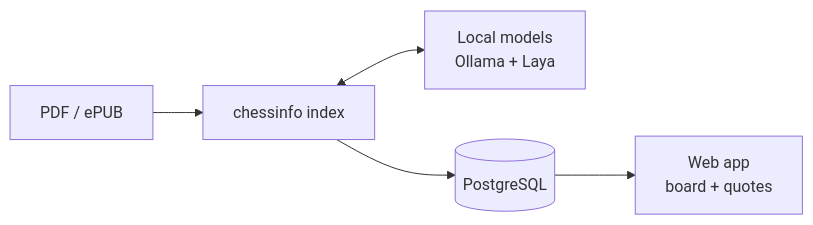
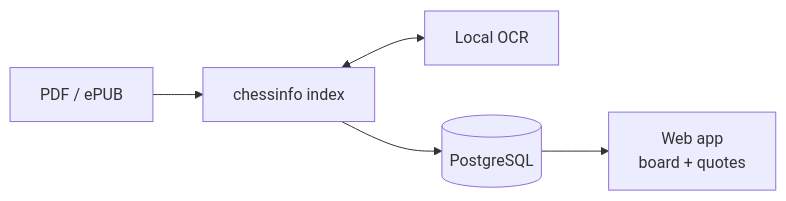
The diagram in README.md (gustavowkayser/chessbox-informant), drawn with Mermaid before and after one commit. The commit also changed other lines of this file and 4 other files, not shown here.

````diff
--- a/README.md
+++ b/README.md
@@ -17,7 +17,7 @@
 ```mermaid
 flowchart LR
     book[PDF / ePUB] --> cli[chessinfo index]
-    cli <--> models[Local models<br/>Ollama + Laya]
+    cli <--> ocr[Local OCR]
     cli --> db[(PostgreSQL)]
     db --> web[Web app<br/>board + quotes]
 ```
````
